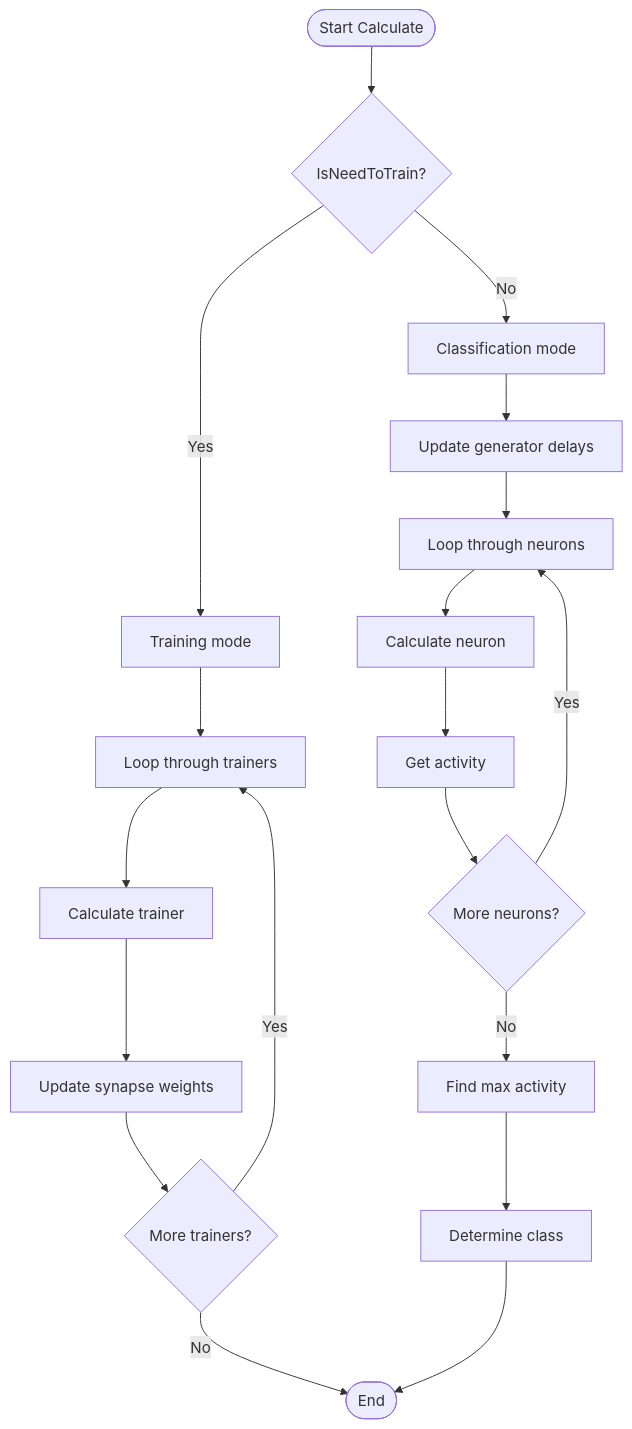
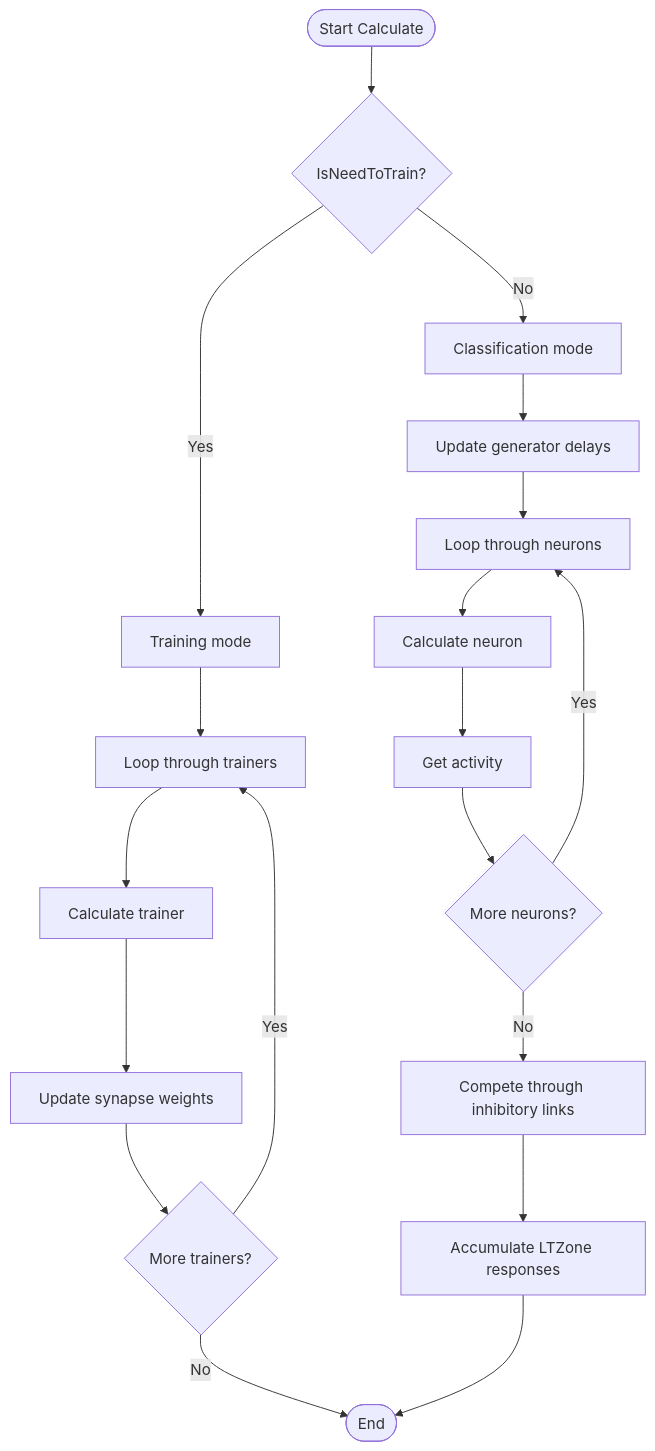
Before and after one commit to aicommunity/Nmsdk-PulseLib: the ninth of 10 diagrams in Docs/Components/NSpikeClassifier.md, drawn with Mermaid. The commit also changed other lines of this file and 1 other file, not shown here.

````diff
--- a/Docs/Components/NSpikeClassifier.md
+++ b/Docs/Components/NSpikeClassifier.md
@@ -569,21 +586,21 @@
 ```mermaid
 flowchart TD
     Start([Start Calculate]) --> CheckMode{IsNeedToTrain?}
     CheckMode -->|Yes| TrainingMode[Training mode]
     CheckMode -->|No| ClassificationMode[Classification mode]
     TrainingMode --> LoopTrainers[Loop through trainers]
     LoopTrainers --> CalcTrainer[Calculate trainer]
     CalcTrainer --> UpdateWeights[Update synapse weights]
     UpdateWeights --> CheckMore{More trainers?}
     CheckMore -->|Yes| LoopTrainers
     CheckMore -->|No| End([End])
     ClassificationMode --> UpdateGenerators[Update generator delays]
     UpdateGenerators --> LoopNeurons[Loop through neurons]
     LoopNeurons --> CalcNeuron[Calculate neuron]
     CalcNeuron --> GetActivity[Get activity]
     GetActivity --> CheckMoreNeurons{More neurons?}
     CheckMoreNeurons -->|Yes| LoopNeurons
-    CheckMoreNeurons -->|No| FindMax[Find max activity]
-    FindMax --> DetermineClass[Determine class]
-    DetermineClass --> End
+    CheckMoreNeurons -->|No| LateralInhibition[Compete through inhibitory links]
+    LateralInhibition --> CollectResponses[Accumulate LTZone responses]
+    CollectResponses --> End
 ```
````
